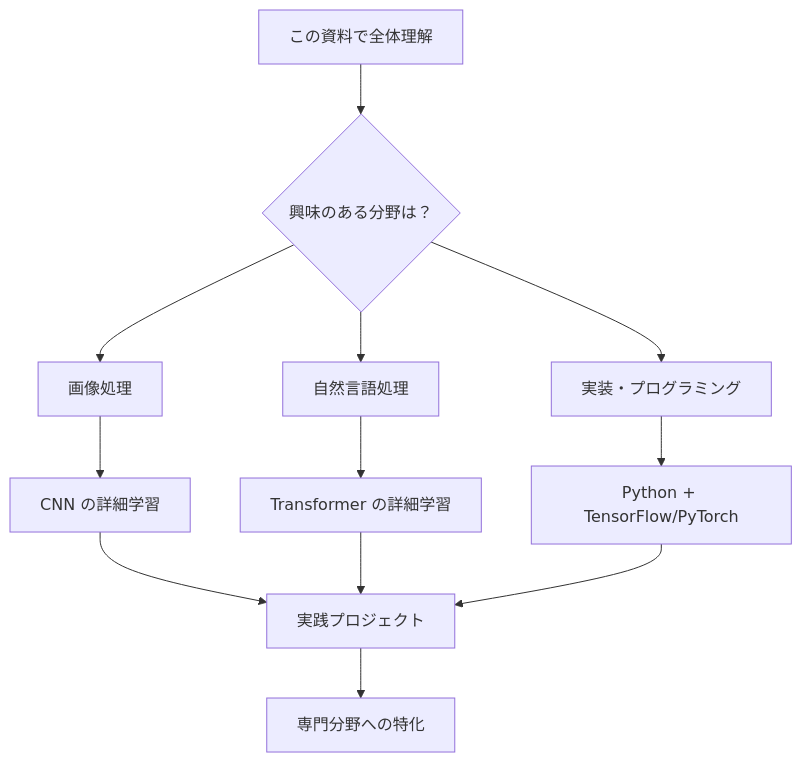
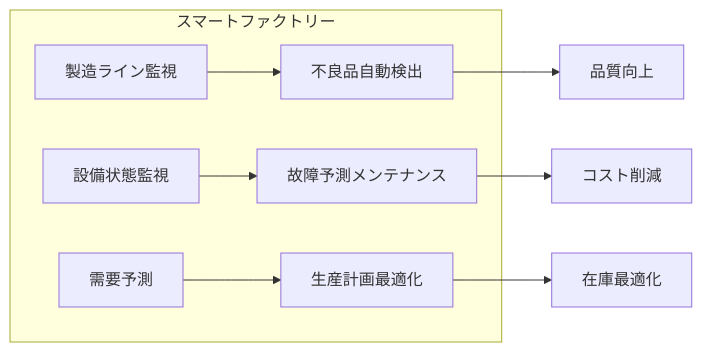
Diagram 17 of 28 in AI/DeepLearning/README.MD (SparklingDetergent/doc_genai_mental_model), drawn with Mermaid before and after one commit. The commit also changed other lines of this file, not shown here.

````diff
--- a/AI/DeepLearning/README.MD
+++ b/AI/DeepLearning/README.MD
@@ -407,18 +623,12 @@
 ```mermaid
-graph TD
-    A[この資料で全体理解] --> B{興味のある分野は？}
+flowchart LR
+    subgraph "スマートファクトリー"
+        A[製造ライン監視] --> B[不良品自動検出]
+        C[設備状態監視] --> D[故障予測メンテナンス]
+        E[需要予測] --> F[生産計画最適化]
+    end
     
-    B --> C[画像処理]
-    B --> D[自然言語処理] 
-    B --> E[実装・プログラミング]
-    
-    C --> C1[CNN の詳細学習]
-    D --> D1[Transformer の詳細学習]
-    E --> E1[Python + TensorFlow/PyTorch]
-    
-    C1 --> F[実践プロジェクト]
-    D1 --> F
-    E1 --> F
-    
-    F --> G[専門分野への特化]
+    B --> Result1[品質向上]
+    D --> Result2[コスト削減]
+    F --> Result3[在庫最適化]
 ```
````
